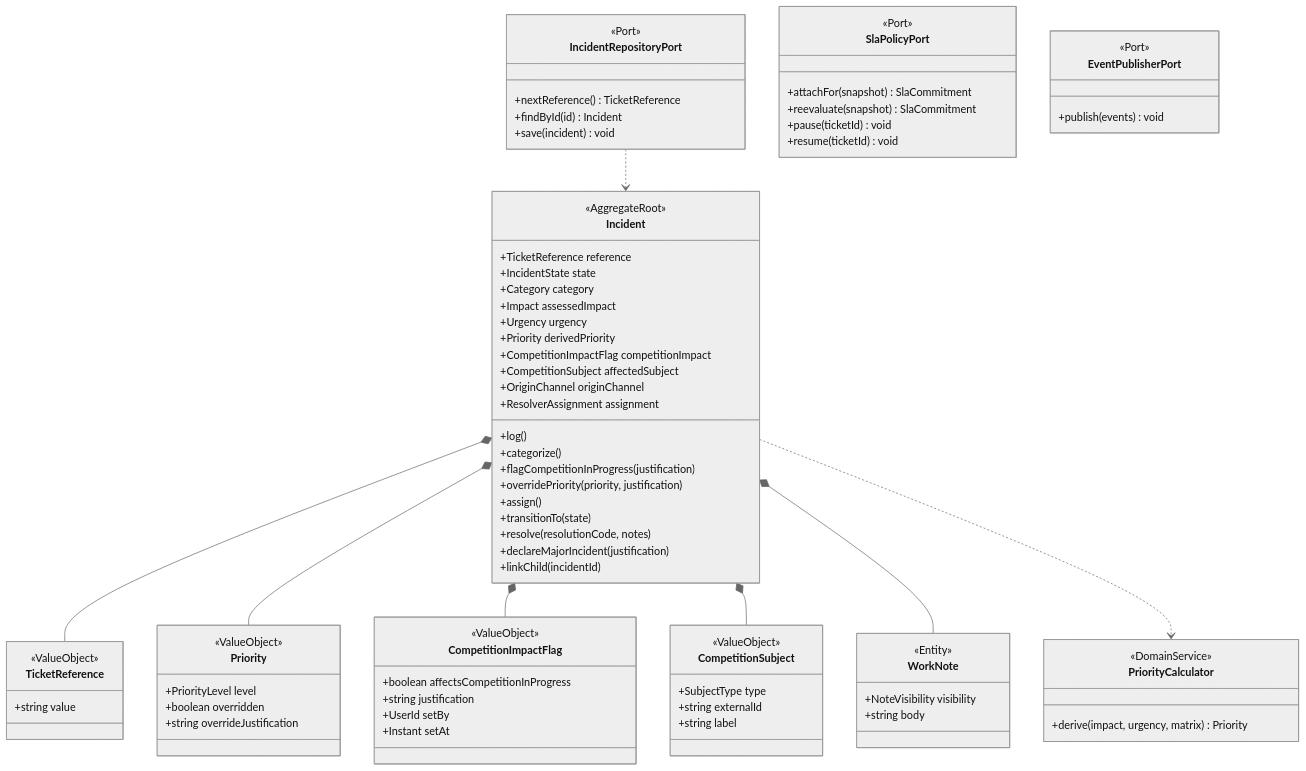
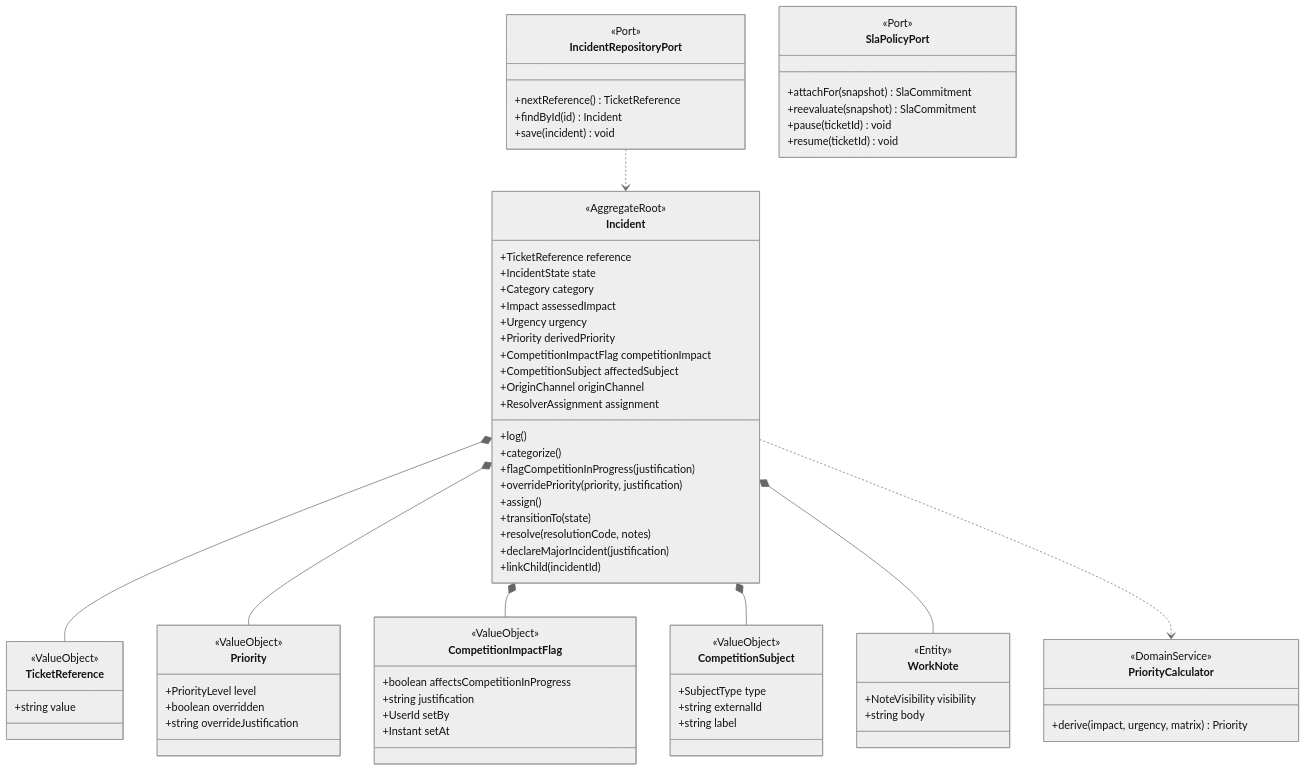
The sixth of 8 diagrams in docs/product/ARCHITECTURE.md (igomez-ai4devs-projects/AI4Devs-finalproject), drawn with Mermaid (neutral theme) before and after one commit. The commit also changed other lines of this file and 11 other files, not shown here.

````diff
--- a/docs/product/ARCHITECTURE.md
+++ b/docs/product/ARCHITECTURE.md
@@ -661,82 +683,78 @@
 ```mermaid
 classDiagram
     class Incident {
         <<AggregateRoot>>
         +TicketReference reference
         +IncidentState state
         +Category category
         +Impact assessedImpact
         +Urgency urgency
         +Priority derivedPriority
         +CompetitionImpactFlag competitionImpact
         +CompetitionSubject affectedSubject
         +OriginChannel originChannel
         +ResolverAssignment assignment
         +log()
         +categorize()
         +flagCompetitionInProgress(justification)
         +overridePriority(priority, justification)
         +assign()
         +transitionTo(state)
         +resolve(resolutionCode, notes)
         +declareMajorIncident(justification)
         +linkChild(incidentId)
     }
     class TicketReference {
         <<ValueObject>>
         +string value
     }
     class CompetitionImpactFlag {
         <<ValueObject>>
         +boolean affectsCompetitionInProgress
         +string justification
         +UserId setBy
         +Instant setAt
     }
     class Priority {
         <<ValueObject>>
         +PriorityLevel level
         +boolean overridden
         +string overrideJustification
     }
     class CompetitionSubject {
         <<ValueObject>>
         +SubjectType type
         +string externalId
         +string label
     }
     class WorkNote {
         <<Entity>>
         +NoteVisibility visibility
         +string body
     }
     class PriorityCalculator {
         <<DomainService>>
         +derive(impact, urgency, matrix) Priority
     }
     class IncidentRepositoryPort {
         <<Port>>
         +nextReference() TicketReference
         +findById(id) Incident
         +save(incident) void
     }
     class SlaPolicyPort {
         <<Port>>
         +attachFor(snapshot) SlaCommitment
         +reevaluate(snapshot) SlaCommitment
         +pause(ticketId) void
         +resume(ticketId) void
     }
-    class EventPublisherPort {
-        <<Port>>
-        +publish(events) void
-    }
 
     Incident *-- TicketReference
     Incident *-- Priority
     Incident *-- CompetitionImpactFlag
     Incident *-- CompetitionSubject
     Incident *-- WorkNote
     Incident ..> PriorityCalculator
     IncidentRepositoryPort ..> Incident
 ```
````
